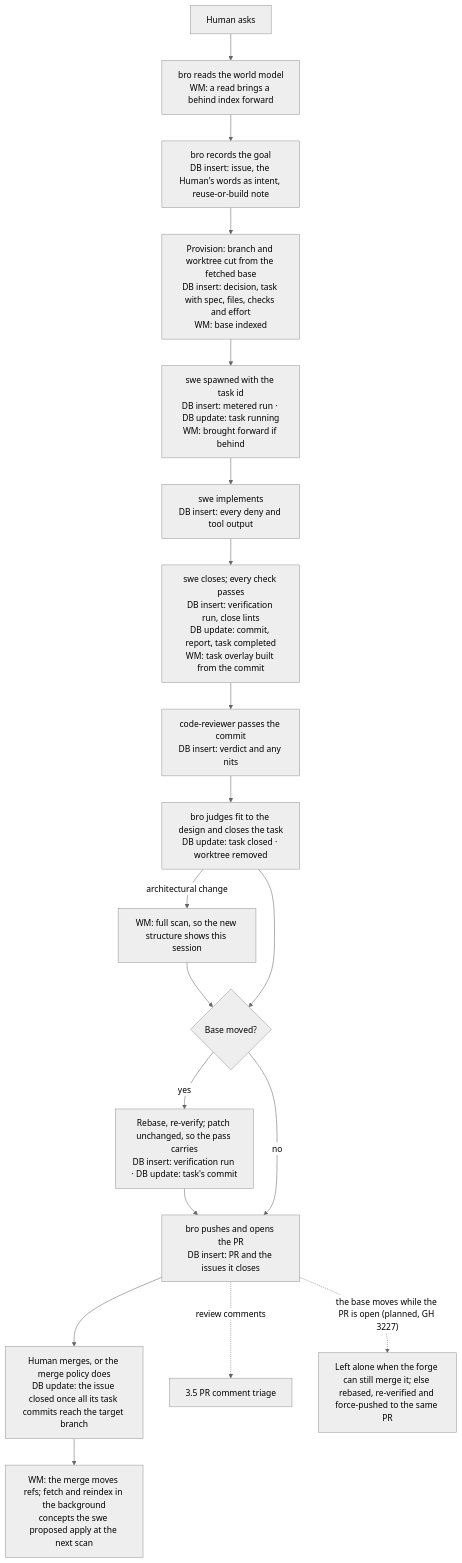
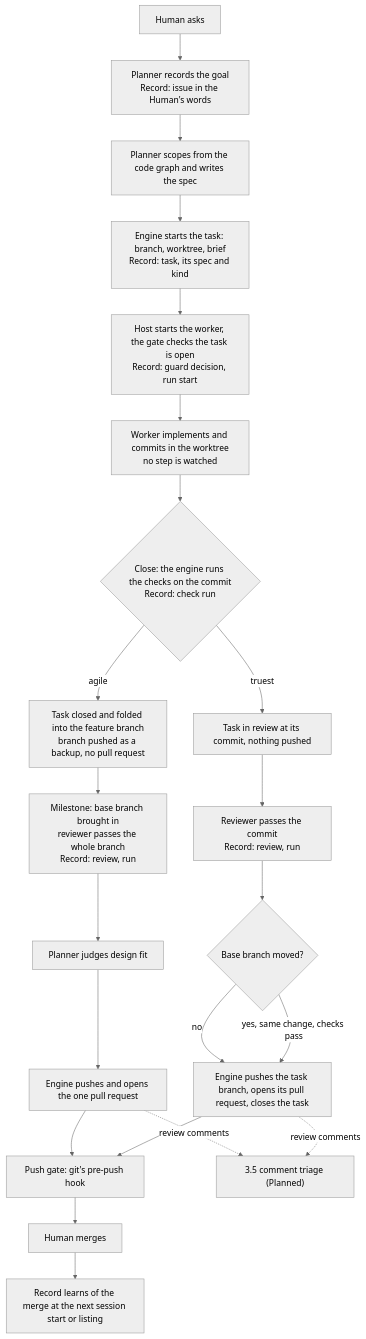
Before and after one commit to trustmybot/tmb: the first of 8 diagrams in docs/architecture/TASKS.md, drawn with Mermaid (neutral theme). The commit also changed other lines of this file and 38 other files, not shown here.

````diff
--- a/docs/architecture/TASKS.md
+++ b/docs/architecture/TASKS.md
@@ -15,21 +28,24 @@
 ```mermaid
 flowchart TD
-    A[Human asks] --> B["bro reads the world model<br/>WM: a read brings a behind index forward"]
-    B --> C["bro records the goal<br/>DB insert: issue, the Human's words as intent, reuse-or-build note"]
-    C --> D["Provision: branch and worktree cut from the fetched base<br/>DB insert: decision, task with spec, files, checks and effort<br/>WM: base indexed"]
-    D --> E["swe spawned with the task id<br/>DB insert: metered run · DB update: task running<br/>WM: brought forward if behind"]
-    E --> F["swe implements<br/>DB insert: every deny and tool output"]
-    F --> G["swe closes; every check passes<br/>DB insert: verification run, close lints<br/>DB update: commit, report, task completed<br/>WM: task overlay built from the commit"]
-    G --> H["code-reviewer passes the commit<br/>DB insert: verdict and any nits"]
-    H --> I["bro judges fit to the design and closes the task<br/>DB update: task closed · worktree removed"]
-    I -- architectural change --> I1["WM: full scan, so the new structure shows this session"]
-    I1 --> J
-    I --> J{Base moved?}
-    J -- yes --> J1["Rebase, re-verify; patch unchanged, so the pass carries<br/>DB insert: verification run · DB update: task's commit"]
-    J1 --> K
-    J -- no --> K["bro pushes and opens the PR<br/>DB insert: PR and the issues it closes"]
-    K --> L["Human merges, or the merge policy does<br/>DB update: the issue closed once all its task commits reach the target branch"]
-    L --> M["WM: the merge moves refs; fetch and reindex in the background<br/>concepts the swe proposed apply at the next scan"]
-    K -. review comments .-> T[3.5 PR comment triage]
-    K -. "the base moves while the PR is open (planned, GH 3227)" .-> N["Left alone when the forge can still merge it; else rebased, re-verified and force-pushed to the same PR"]
+    A[Human asks] --> B["Planner records the goal<br/>Record: issue in the Human's words"]
+    B --> C["Planner scopes from the code graph and writes the spec"]
+    C --> D["Engine starts the task: branch, worktree, brief<br/>Record: task, its spec and kind"]
+    D --> E["Host starts the worker, the gate checks the task is open<br/>Record: guard decision, run start"]
+    E --> F["Worker implements and commits in the worktree<br/>no step is watched"]
+    F --> G{"Close: the engine runs the checks on the commit<br/>Record: check run"}
+    G -- agile --> H["Task closed and folded into the feature branch<br/>branch pushed as a backup, no pull request"]
+    H --> I["Milestone: base branch brought in<br/>reviewer passes the whole branch<br/>Record: review, run"]
+    I --> J["Planner judges design fit"]
+    J --> P["Engine pushes and opens the one pull request"]
+    G -- truest --> K["Task in review at its commit, nothing pushed"]
+    K --> L["Reviewer passes the commit<br/>Record: review, run"]
+    L --> M{Base branch moved?}
+    M -- no --> N["Engine pushes the task branch, opens its pull request, closes the task"]
+    M -- "yes, same change, checks pass" --> N
+    P --> Q["Push gate: git's pre-push hook"]
+    N --> Q
+    Q --> R[Human merges]
+    R --> S["Record learns of the merge at the next session start or listing"]
+    P -. review comments .-> T["3.5 comment triage (Planned)"]
+    N -. review comments .-> T
 ```
````
